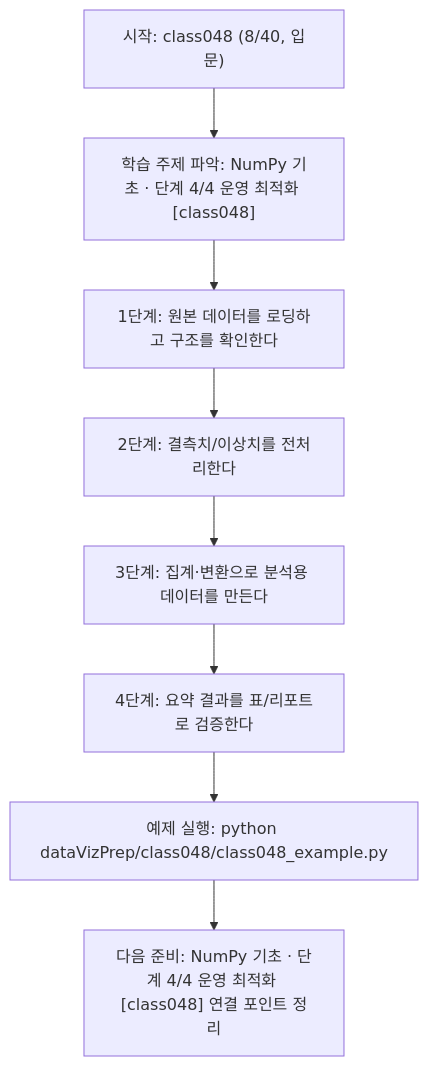
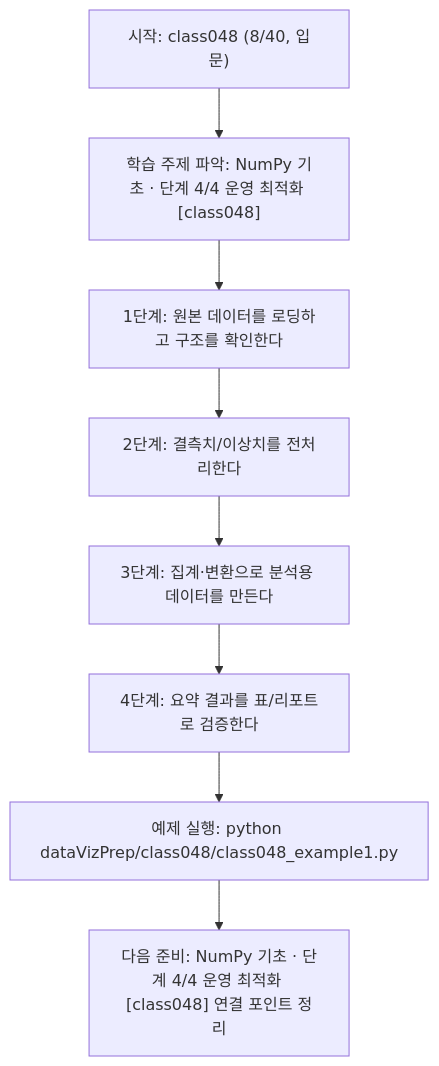
The diagram in dataVizPrep/class048/class048.md (edumgt/Python-AI_Agent-Class), drawn with Mermaid before and after one commit. The commit also changed other lines of this file and 2959 other files, not shown here.

````diff
--- a/dataVizPrep/class048/class048.md
+++ b/dataVizPrep/class048/class048.md
@@ -110,18 +110,18 @@
 ```mermaid
 flowchart TD
 N1["시작: class048 (8/40, 입문)"]
 N2["학습 주제 파악: NumPy 기초 · 단계 4/4 운영 최적화 [class048]"]
 N3["1단계: 원본 데이터를 로딩하고 구조를 확인한다"]
 N4["2단계: 결측치/이상치를 전처리한다"]
 N5["3단계: 집계·변환으로 분석용 데이터를 만든다"]
 N6["4단계: 요약 결과를 표/리포트로 검증한다"]
-N7["예제 실행: python dataVizPrep/class048/class048_example.py"]
+N7["예제 실행: python dataVizPrep/class048/class048_example1.py"]
 N8["다음 준비: NumPy 기초 · 단계 4/4 운영 최적화 [class048] 연결 포인트 정리"]
 N1 --> N2
 N2 --> N3
 N3 --> N4
 N4 --> N5
 N5 --> N6
 N6 --> N7
 N7 --> N8
 ```
````
